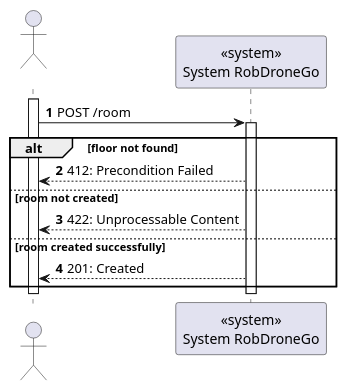
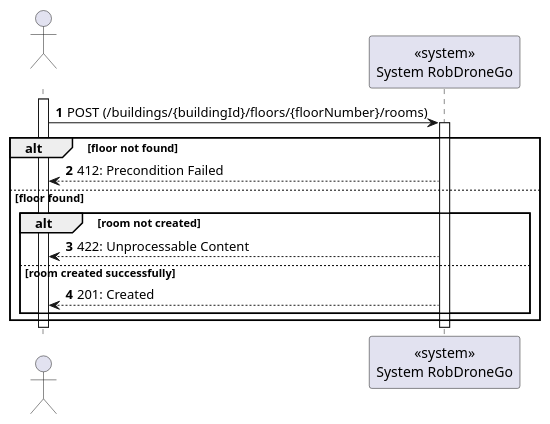
Before and after one commit to Departamento-de-Engenharia-Informatica/lapr5-23-24-g19: the diagram in docs/us310/level1/process_view.puml, drawn with PlantUML. The commit also changed 21 other files, not shown here.

```diff
--- a/docs/us310/level1/process_view.puml
+++ b/docs/us310/level1/process_view.puml
@@ -1,22 +1,24 @@
 @startuml
 autonumber
 
 actor " " as actor
 participant "<<system>>\nSystem RobDroneGo" as sys
 
 activate actor
-    actor -> sys: POST /room
+    actor -> sys: POST (/buildings/{buildingId}/floors/{floorNumber}/rooms)
     activate sys
 
     alt floor not found
         sys --> actor : 412: Precondition Failed
-    else room not created
+    else floor found
+    alt room not created
         sys --> actor : 422: Unprocessable Content
     else room created successfully
         sys --> actor : 201: Created
+        end
     end
 
     deactivate sys
 deactivate actor
 
 @enduml
```
